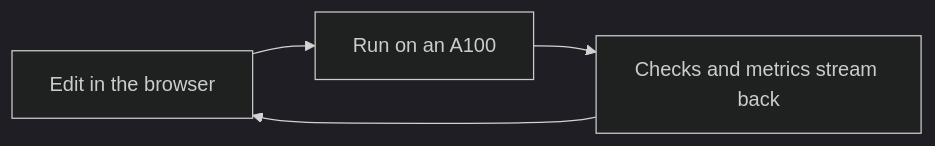
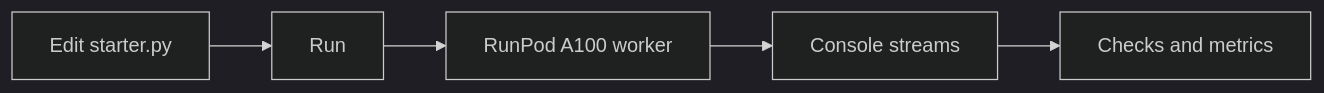
Before and after one commit to kashifulhaque/learn-gpu: the sixth of 6 diagrams in content/slides/00-what-you-are-building.md, drawn with Mermaid (dark theme). The commit also changed other lines of this file and 199 other files, not shown here.

````diff
--- a/content/slides/00-what-you-are-building.md
+++ b/content/slides/00-what-you-are-building.md
@@ -234,6 +368,7 @@
 ```mermaid
 flowchart LR
-  E[Edit in the browser] --> R[Run on an A100]
-  R --> C[Checks and metrics stream back]
-  C --> E
+  A[Edit starter.py] --> B[Run]
+  B --> C[RunPod A100 worker]
+  C --> D[Console streams]
+  D --> E[Checks and metrics]
 ```
````
